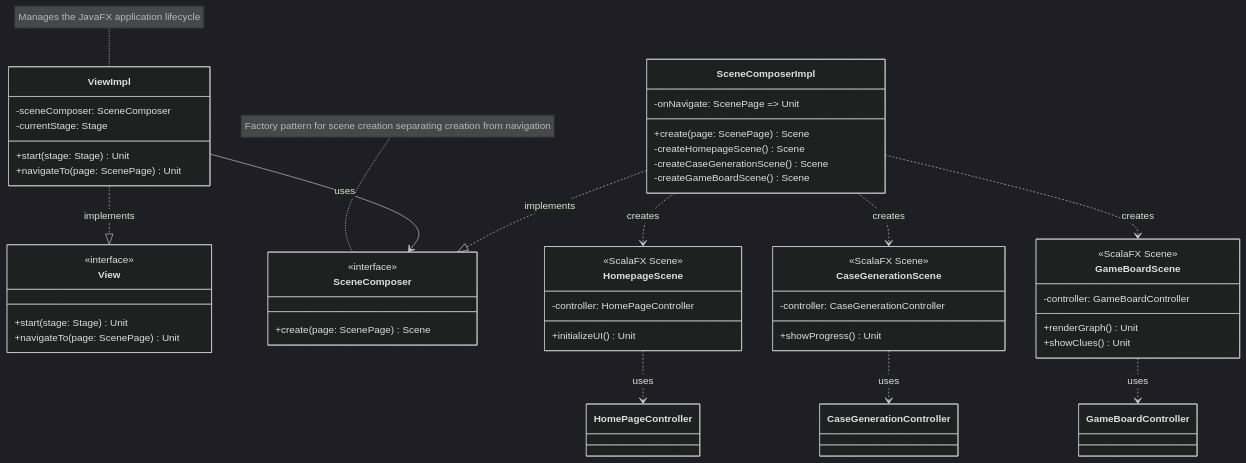
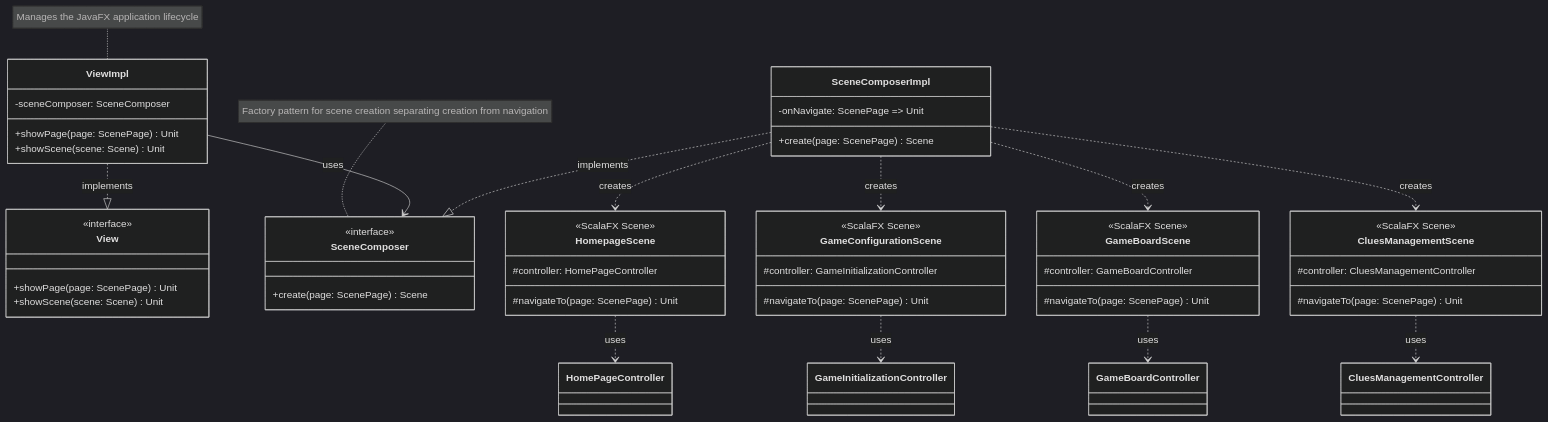
Before and after one commit to LucaSamore/Whodunnit: the fourth of 4 diagrams in docs/report/3-high-level-design.md, drawn with Mermaid (dark theme). The commit also changed other lines of this file and 1 other file, not shown here.

Commit message:
docs: update diagrams and figure captions

````diff
--- a/docs/report/3-high-level-design.md
+++ b/docs/report/3-high-level-design.md
@@ -269,61 +276,64 @@
 ```mermaid
 classDiagram
     class View {
         <<interface>>
-        +start(stage: Stage) Unit
-        +navigateTo(page: ScenePage) Unit
+        +showPage(page: ScenePage) Unit
+        +showScene(scene: Scene) Unit
     }
     
     class ViewImpl {
         -sceneComposer: SceneComposer
-        -currentStage: Stage
-        +start(stage: Stage) Unit
-        +navigateTo(page: ScenePage) Unit
+        +showPage(page: ScenePage) Unit
+        +showScene(scene: Scene) Unit
     }
     
     class SceneComposer {
         <<interface>>
         +create(page: ScenePage) Scene
     }
     
     class SceneComposerImpl {
         -onNavigate: ScenePage => Unit
         +create(page: ScenePage) Scene
-        -createHomepageScene() Scene
-        -createCaseGenerationScene() Scene
-        -createGameBoardScene() Scene
     }
     
     class HomepageScene {
         <<ScalaFX Scene>>
-        -controller: HomePageController
-        +initializeUI() Unit
+        #controller: HomePageController
+        #navigateTo(page: ScenePage) Unit
     }
     
-    class CaseGenerationScene {
+    class GameConfigurationScene {
         <<ScalaFX Scene>>
-        -controller: CaseGenerationController
-        +showProgress() Unit
+        #controller: GameInitializationController
+        #navigateTo(page: ScenePage) Unit
     }
     
     class GameBoardScene {
         <<ScalaFX Scene>>
-        -controller: GameBoardController
-        +renderGraph() Unit
-        +showClues() Unit
+        #controller: GameBoardController
+        #navigateTo(page: ScenePage) Unit
+    }
+    
+    class CluesManagementScene {
+        <<ScalaFX Scene>>
+        #controller: CluesManagementController
+        #navigateTo(page: ScenePage) Unit
     }
     
     ViewImpl ..|> View : implements
     ViewImpl --> SceneComposer : uses
     SceneComposerImpl ..|> SceneComposer : implements
     SceneComposerImpl ..> HomepageScene : creates
-    SceneComposerImpl ..> CaseGenerationScene : creates
+    SceneComposerImpl ..> GameConfigurationScene : creates
     SceneComposerImpl ..> GameBoardScene : creates
+    SceneComposerImpl ..> CluesManagementScene : creates
     
     HomepageScene ..> HomePageController : uses
-    CaseGenerationScene ..> CaseGenerationController : uses
+    GameConfigurationScene ..> GameInitializationController : uses
     GameBoardScene ..> GameBoardController : uses
+    CluesManagementScene ..> CluesManagementController : uses
     
     note for SceneComposer "Factory pattern for scene creation separating creation from navigation"
     note for ViewImpl "Manages the JavaFX application lifecycle"
 ```
````
